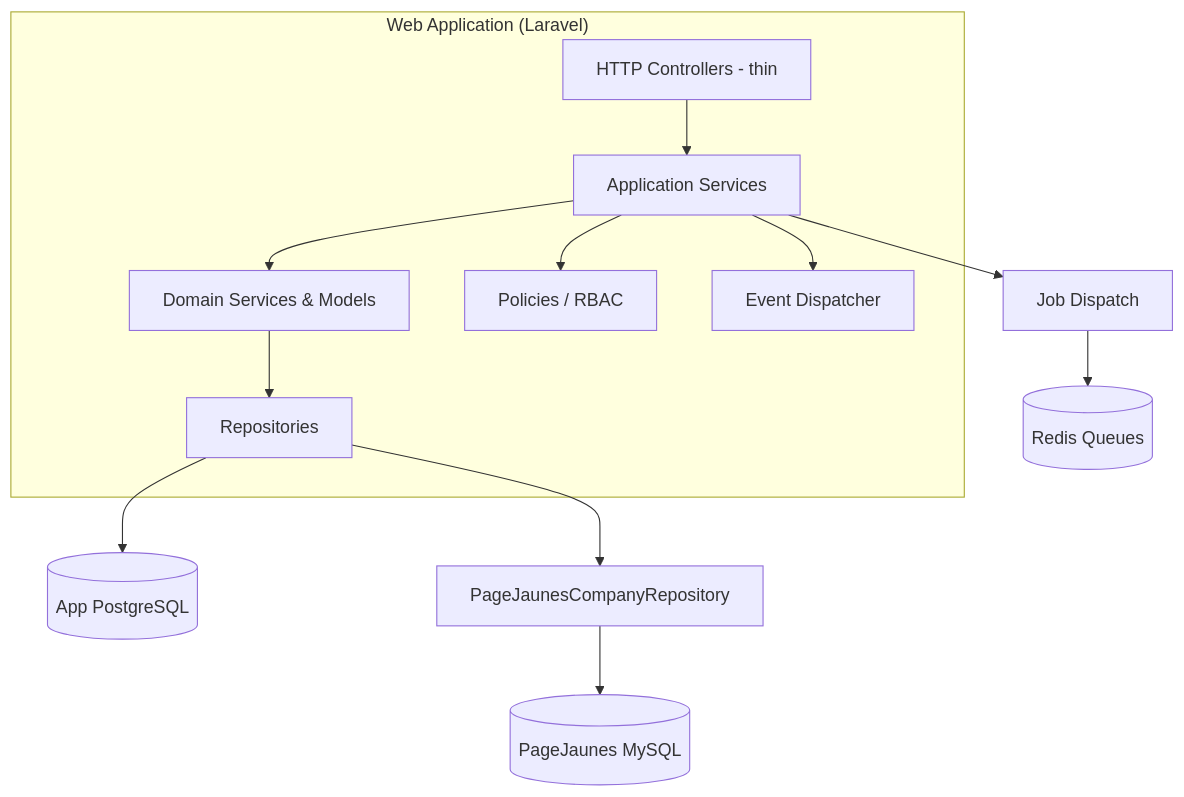
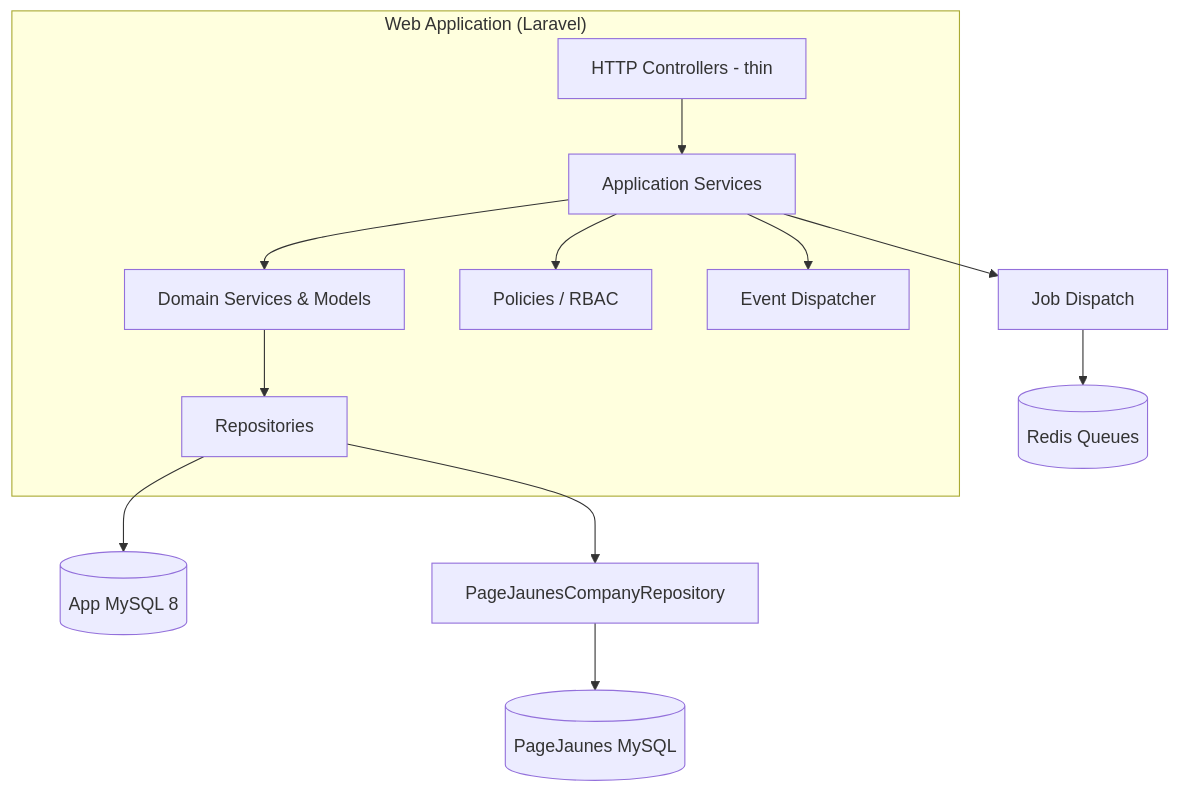
The second of 4 diagrams in docs/36-c4-architecture.md (oualaeddine/emailer), drawn with Mermaid before and after one commit. The commit also changed other lines of this file and 9 other files, not shown here.

````diff
--- a/docs/36-c4-architecture.md
+++ b/docs/36-c4-architecture.md
@@ -45,21 +45,21 @@
 ```mermaid
 graph TB
     subgraph "Web Application (Laravel)"
         HTTP[HTTP Controllers - thin]
         AppSvc[Application Services]
         Domain[Domain Services & Models]
         Repo[Repositories]
         Policies[Policies / RBAC]
         EventBus[Event Dispatcher]
     end
     HTTP --> AppSvc
     AppSvc --> Policies
     AppSvc --> Domain
     Domain --> Repo
     AppSvc --> EventBus
-    Repo --> AppDB[(App PostgreSQL)]
+    Repo --> AppDB[(App MySQL 8)]
     Repo --> PJRepo[PageJaunesCompanyRepository]
     PJRepo --> PJDB[(PageJaunes MySQL)]
     AppSvc --> Jobs[Job Dispatch]
     Jobs --> Redis[(Redis Queues)]
 ```
````
